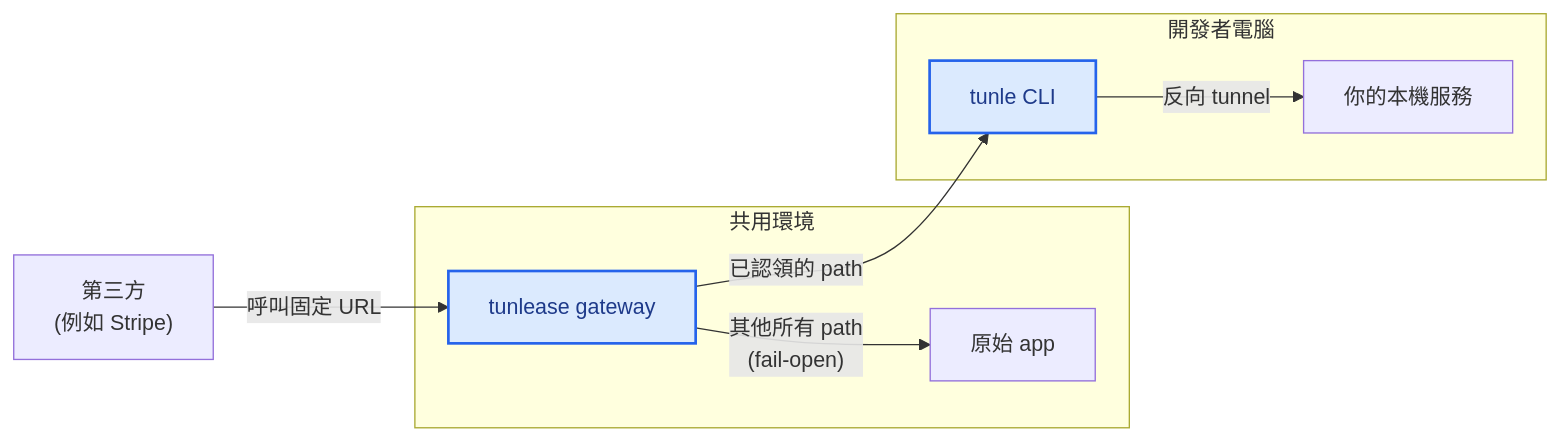
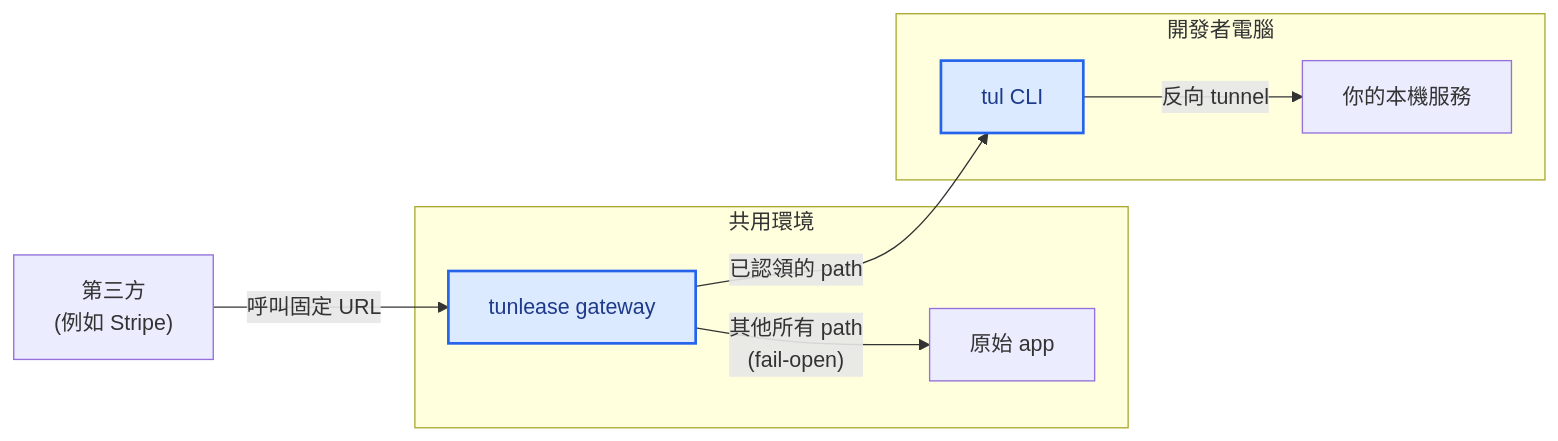
One commit to iml885203/tunlease changed the diagram in README.zh-TW.md. Above: the diagram before and after it, drawn with Mermaid. The commit also changed other lines of this file and 24 other files, not shown here.

Commit message:
feat(cli)!: rename executable to tul

````diff
--- a/README.zh-TW.md
+++ b/README.zh-TW.md
@@ -25,21 +25,21 @@
 ```mermaid
 flowchart LR
     TP["第三方<br/>(例如 Stripe)"] -->|"呼叫固定 URL"| GW[tunlease gateway]
 
     subgraph Shared["共用環境"]
         GW[tunlease gateway]
         App[原始 app]
         GW -->|"其他所有 path<br/>(fail-open)"| App
     end
 
     subgraph Developer["開發者電腦"]
-        CLI[tunle CLI]
+        CLI[tul CLI]
         Local[你的本機服務]
         CLI -->|"反向 tunnel"| Local
     end
 
     GW -->|"已認領的 path"| CLI
 
     classDef tunlease fill:#dbeafe,stroke:#2563eb,color:#1e3a8a,stroke-width:2px;
     class GW,CLI tunlease;
 ```
````
